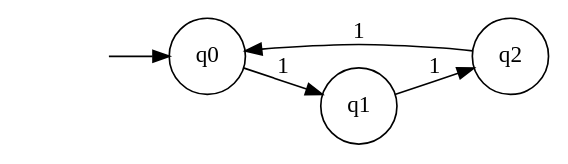
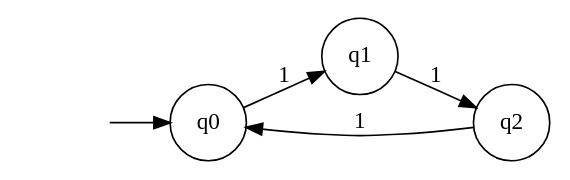
Before and after one commit to CRincon115/AutomatasFinal: the diagram in Semaforo.gv, drawn with Graphviz. The commit also changed other lines of this file and 8 other files, not shown here.

```diff
--- a/Semaforo.gv
+++ b/Semaforo.gv
@@ -1,11 +1,11 @@
 digraph Semaforo {
 	graph [rankdir=LR]
 	"" [label="" shape=plaintext]
+	q1 [label=q1 shape=circle]
+	q0 [label=q0 shape=circle]
 	q2 [label=q2 shape=circle]
-	q0 [label=q0 shape=circle]
-	q1 [label=q1 shape=circle]
 	"" -> q0 [label=""]
 	q0 -> q1 [label=1]
 	q1 -> q2 [label=1]
 	q2 -> q0 [label=1]
 }
```
